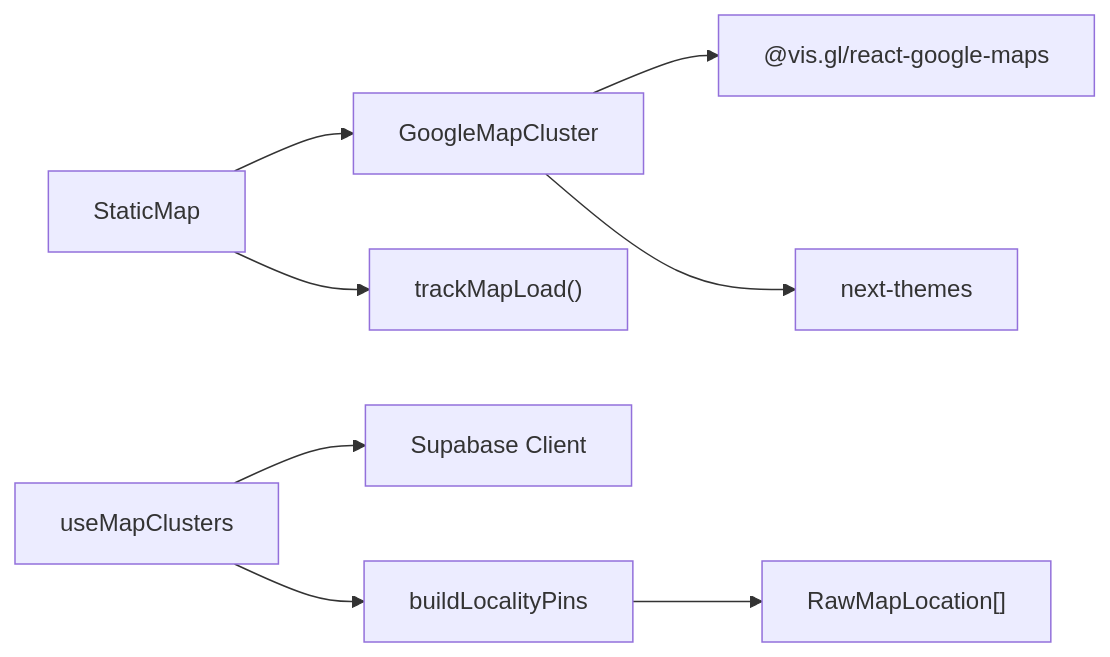
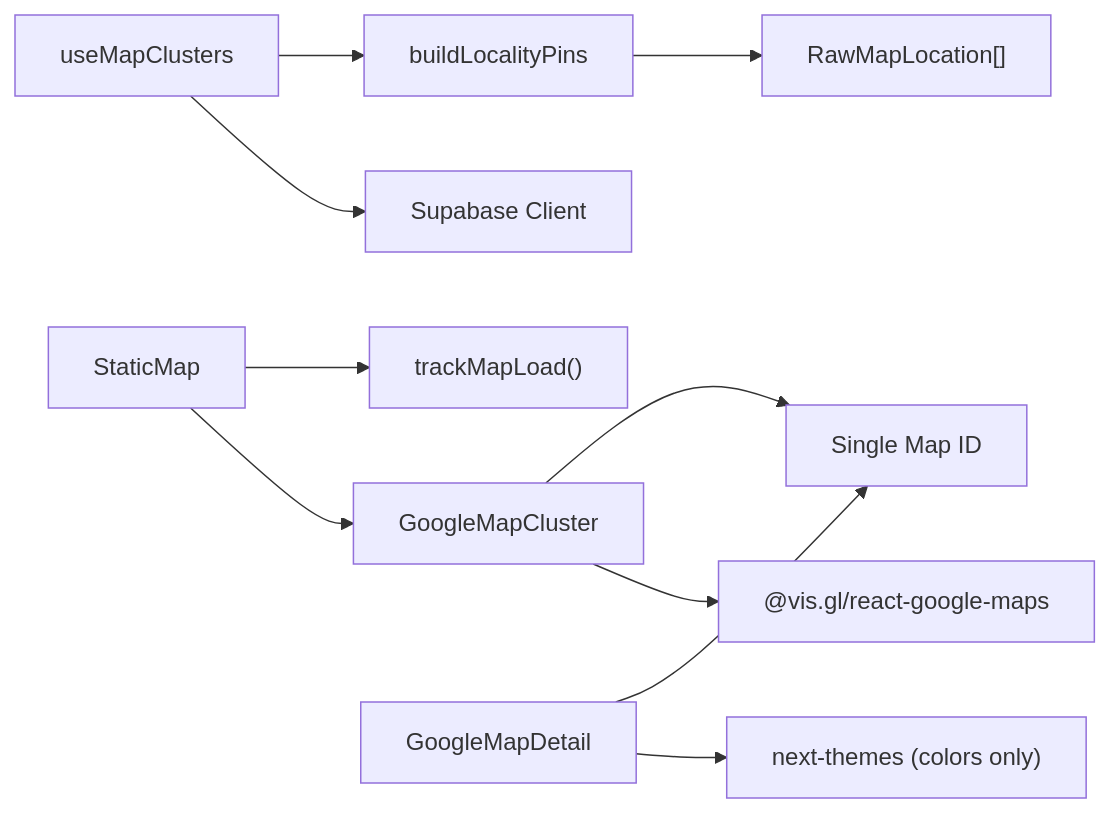
The fourth of 4 diagrams in .qoder/repowiki/en/content/Map Integration/Location Clustering System/Google Maps Integration.md (Meaetin/alibaba-hackathon), drawn with Mermaid before and after one commit. The commit also changed other lines of this file and 211 other files, not shown here.

````diff
--- a/.qoder/repowiki/en/content/Map Integration/Location Clustering System/Google Maps Integration.md
+++ b/.qoder/repowiki/en/content/Map Integration/Location Clustering System/Google Maps Integration.md
@@ -255,10 +286,12 @@
 ```mermaid
 graph LR
 GMC["GoogleMapCluster"] --> GM["@vis.gl/react-google-maps"]
-GMC --> THEME["next-themes"]
+GMC --> SINGLE_MAP["Single Map ID"]
 SM["StaticMap"] --> GMC
 UMC["useMapClusters"] --> SUPA["Supabase Client"]
 UMC --> LP["buildLocalityPins"]
 LP --> DATA["RawMapLocation[]"]
 SM --> TRACK["trackMapLoad()"]
+GMD["GoogleMapDetail"] --> THEME["next-themes (colors only)"]
+GMD --> SINGLE_MAP
 ```
````
